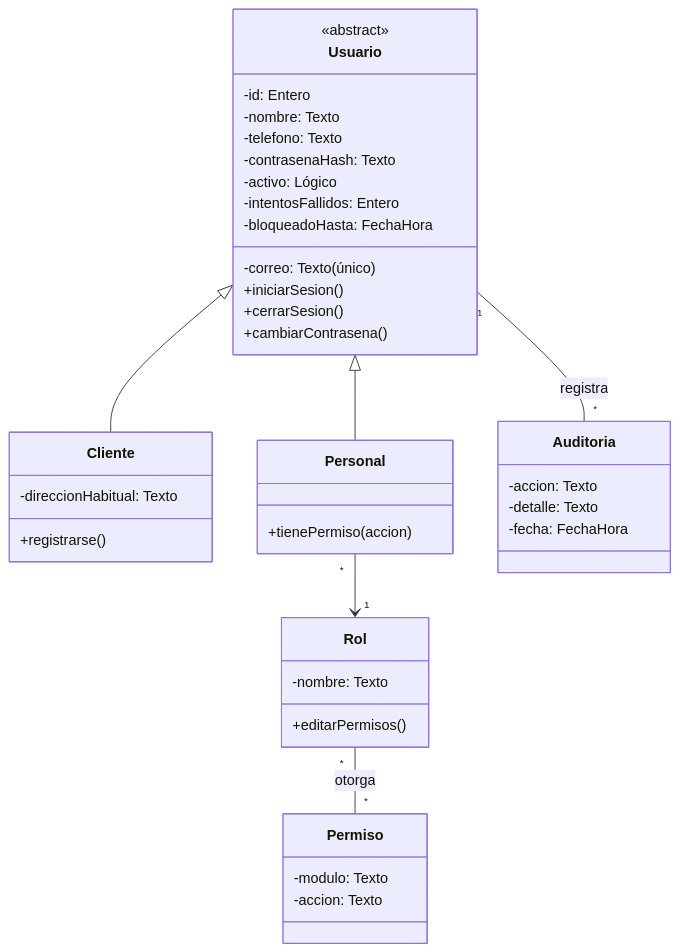
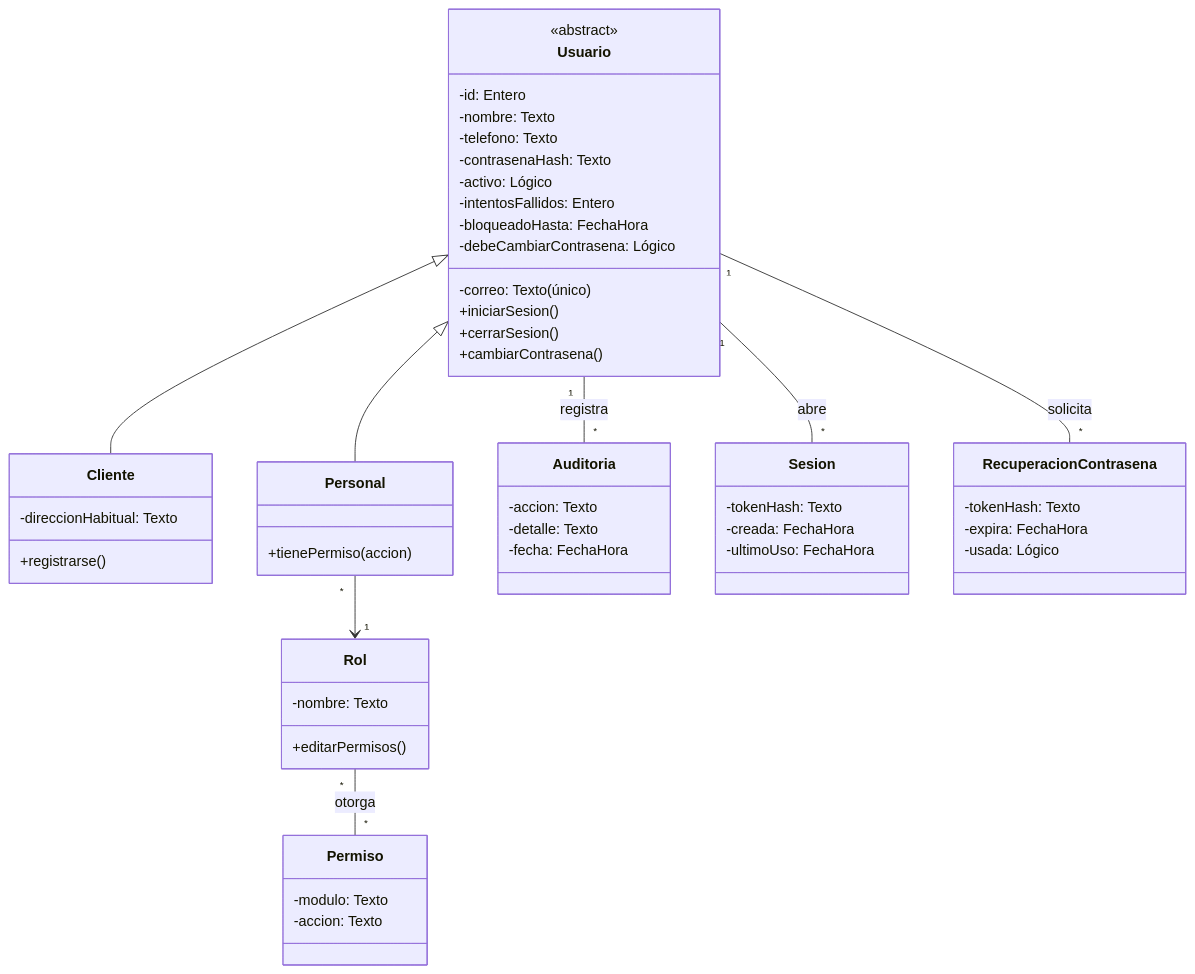
Before and after one commit to Anton10-AR/DulcesAromas: the fourth of 10 diagrams in docs/04-modelos-uml.md, drawn with Mermaid. The commit also changed other lines of this file and 3 other files, not shown here.

````diff
--- a/docs/04-modelos-uml.md
+++ b/docs/04-modelos-uml.md
@@ -142,42 +142,55 @@
 ```mermaid
 classDiagram
   class Usuario {
     <<abstract>>
     -id: Entero
     -nombre: Texto
     -correo: Texto (único)
     -telefono: Texto
     -contrasenaHash: Texto
     -activo: Lógico
     -intentosFallidos: Entero
     -bloqueadoHasta: FechaHora
+    -debeCambiarContrasena: Lógico
     +iniciarSesion()
     +cerrarSesion()
     +cambiarContrasena()
   }
   class Cliente {
     -direccionHabitual: Texto
     +registrarse()
   }
   class Personal {
     +tienePermiso(accion)
   }
   class Rol {
     -nombre: Texto
     +editarPermisos()
   }
   class Permiso {
     -modulo: Texto
     -accion: Texto
   }
   class Auditoria {
     -accion: Texto
     -detalle: Texto
     -fecha: FechaHora
   }
+  class Sesion {
+    -tokenHash: Texto
+    -creada: FechaHora
+    -ultimoUso: FechaHora
+  }
+  class RecuperacionContrasena {
+    -tokenHash: Texto
+    -expira: FechaHora
+    -usada: Lógico
+  }
   Usuario <|-- Cliente
   Usuario <|-- Personal
   Personal "*" --> "1" Rol
   Rol "*" -- "*" Permiso : otorga
   Usuario "1" -- "*" Auditoria : registra
+  Usuario "1" -- "*" Sesion : abre
+  Usuario "1" -- "*" RecuperacionContrasena : solicita
 ```
````
